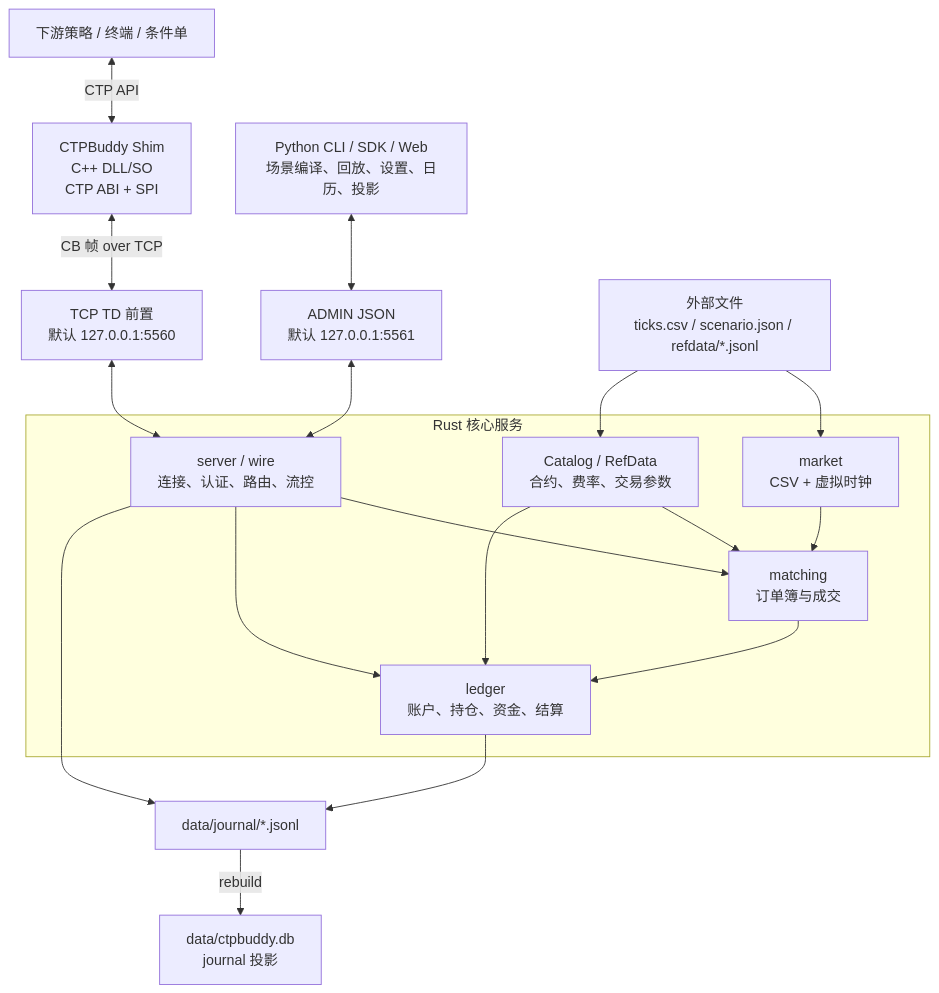
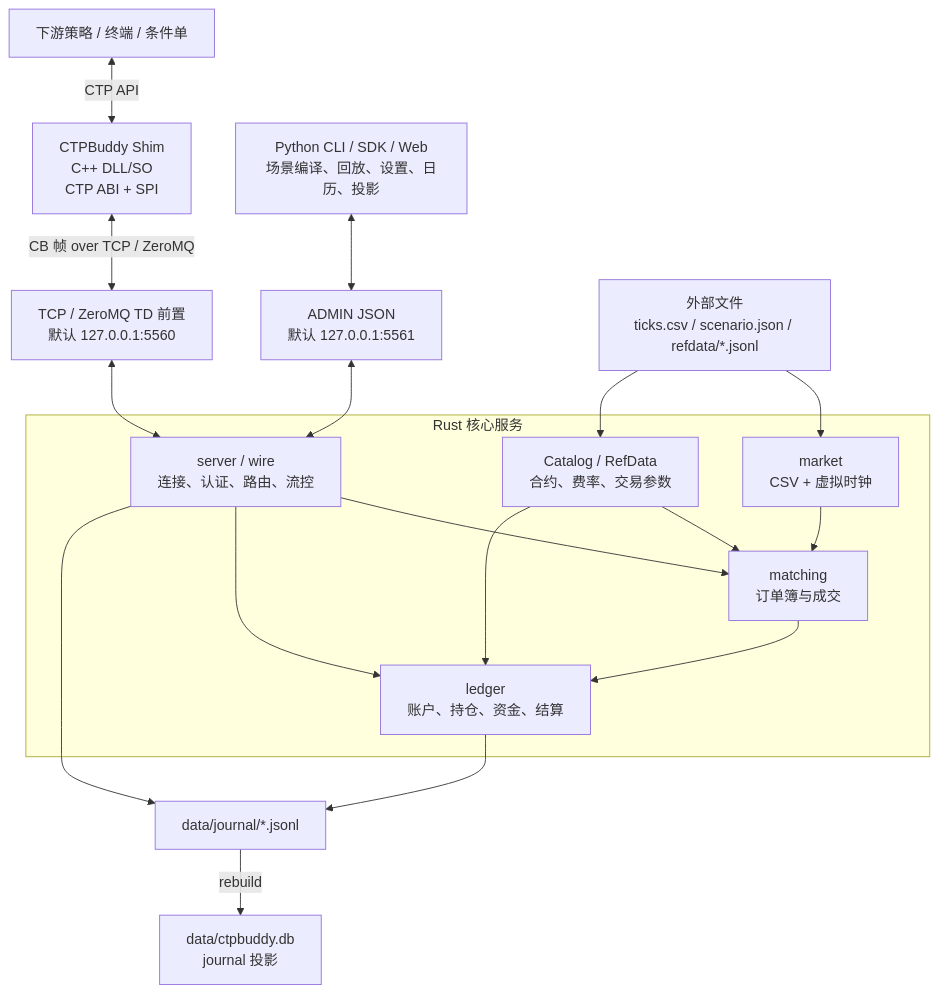
Before and after one commit to charleszu/ctpbuddy: the diagram in docs-site-oink/content/architecture/overview.md, drawn with Mermaid. The commit also changed other lines of this file and 40 other files, not shown here.

````diff
--- a/docs-site-oink/content/architecture/overview.md
+++ b/docs-site-oink/content/architecture/overview.md
@@ -6,37 +6,37 @@
 ```mermaid
 flowchart TB
   C[下游策略 / 终端 / 条件单]
   S[CTPBuddy Shim<br/>C++ DLL/SO<br/>CTP ABI + SPI]
-  TD[TCP TD 前置<br/>默认 127.0.0.1:5560]
+  TD[TCP / ZeroMQ TD 前置<br/>默认 127.0.0.1:5560]
   A[ADMIN JSON<br/>默认 127.0.0.1:5561]
   P[Python CLI / SDK / Web<br/>场景编译、回放、设置、日历、投影]
 
   subgraph R[Rust 核心服务]
     SV[server / wire<br/>连接、认证、路由、流控]
     MK[market<br/>CSV + 虚拟时钟]
     RF[Catalog / RefData<br/>合约、费率、交易参数]
     MT[matching<br/>订单簿与成交]
     LG[ledger<br/>账户、持仓、资金、结算]
     SV --> MT
     SV --> LG
     MK --> MT
     RF --> MT
     RF --> LG
     MT --> LG
   end
 
   D[外部文件<br/>ticks.csv / scenario.json / refdata/*.jsonl]
   J[data/journal/*.jsonl]
   Q[data/ctpbuddy.db<br/>journal 投影]
 
   C <-->|CTP API| S
-  S <-->|CB 帧 over TCP| TD
+  S <-->|CB 帧 over TCP / ZeroMQ| TD
   TD <--> SV
   P <--> A
   A <--> SV
   D --> MK
   D --> RF
   SV --> J
   LG --> J
   J -->|rebuild| Q
 ```
````
